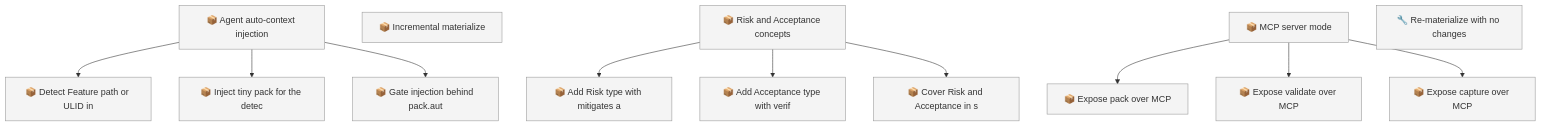
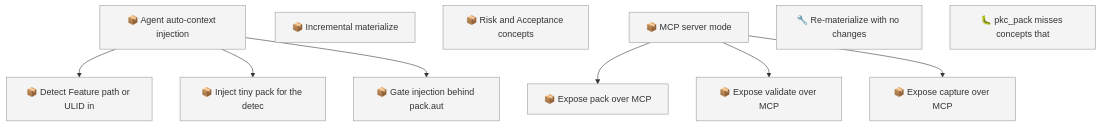
One commit to SpillwaveSolutions/project-knowledge-capture changed the first of 2 diagrams in docs/roadmap.md. Above: the diagram before and after it, drawn with Mermaid. The commit also changed other lines of this file and 32 other files, not shown here.

First line of the commit message:
feat: add Risk and Acceptance concept types

````diff
--- a/docs/roadmap.md
+++ b/docs/roadmap.md
@@ -81,28 +70,23 @@
 ```mermaid
 graph TD
     01KZ75NC58VJD8E219BYAYPBPA["📦 Agent auto-context injection"]
     01KZ75NQ2VDVFD3R9F0SV38YEN["📦 Incremental materialize"]
     01KZ75NQ7VFPF3YESB5P90DR29["📦 Risk and Acceptance concepts"]
     01KZ75NQCMYGFYRCVJATEBVBRB["📦 MCP server mode"]
     01KZ75R1ZYFEZVPWDY73CK4P4N["📦 Detect Feature path or ULID in"]
     01KZ75R254CS97W8MNX9CV3SNF["📦 Inject tiny pack for the detec"]
     01KZ75R2ADREHM3JD22V5C5HE7["📦 Gate injection behind pack.aut"]
-    01KZ75R2ZJGMNBHD82WZXPCNX4["📦 Add Risk type with mitigates a"]
-    01KZ75R34PGN7WH6HCP44B85A2["📦 Add Acceptance type with verif"]
-    01KZ75R39PENN65G92HKA108H3["📦 Cover Risk and Acceptance in s"]
     01KZ75R3EXEG4GVGRP2S9CCKZ4["📦 Expose pack over MCP"]
     01KZ75R3M6BYQ643NKDCCSEEZC["📦 Expose validate over MCP"]
     01KZ75R3S2X1G4PCTGMMSR8BWA["📦 Expose capture over MCP"]
     01KZD15ZR0JEKW6FA0HXM7W9CG["🔧 Re-materialize with no changes"]
+    01KZD6QRF62XDCPBDH5BN0H1RD["🐛 pkc_pack misses concepts that"]
     01KZ75NC58VJD8E219BYAYPBPA --> 01KZ75R1ZYFEZVPWDY73CK4P4N
     01KZ75NC58VJD8E219BYAYPBPA --> 01KZ75R254CS97W8MNX9CV3SNF
     01KZ75NC58VJD8E219BYAYPBPA --> 01KZ75R2ADREHM3JD22V5C5HE7
-    01KZ75NQ7VFPF3YESB5P90DR29 --> 01KZ75R2ZJGMNBHD82WZXPCNX4
-    01KZ75NQ7VFPF3YESB5P90DR29 --> 01KZ75R34PGN7WH6HCP44B85A2
-    01KZ75NQ7VFPF3YESB5P90DR29 --> 01KZ75R39PENN65G92HKA108H3
     01KZ75NQCMYGFYRCVJATEBVBRB --> 01KZ75R3EXEG4GVGRP2S9CCKZ4
     01KZ75NQCMYGFYRCVJATEBVBRB --> 01KZ75R3M6BYQ643NKDCCSEEZC
     01KZ75NQCMYGFYRCVJATEBVBRB --> 01KZ75R3S2X1G4PCTGMMSR8BWA
     classDef todo fill:#f4f4f4,stroke:#999999
-    class 01KZ75NC58VJD8E219BYAYPBPA,01KZ75NQ2VDVFD3R9F0SV38YEN,01KZ75NQ7VFPF3YESB5P90DR29,01KZ75NQCMYGFYRCVJATEBVBRB,01KZ75R1ZYFEZVPWDY73CK4P4N,01KZ75R254CS97W8MNX9CV3SNF,01KZ75R2ADREHM3JD22V5C5HE7,01KZ75R2ZJGMNBHD82WZXPCNX4,01KZ75R34PGN7WH6HCP44B85A2,01KZ75R39PENN65G92HKA108H3,01KZ75R3EXEG4GVGRP2S9CCKZ4,01KZ75R3M6BYQ643NKDCCSEEZC,01KZ75R3S2X1G4PCTGMMSR8BWA,01KZD15ZR0JEKW6FA0HXM7W9CG todo
+    class 01KZ75NC58VJD8E219BYAYPBPA,01KZ75NQ2VDVFD3R9F0SV38YEN,01KZ75NQ7VFPF3YESB5P90DR29,01KZ75NQCMYGFYRCVJATEBVBRB,01KZ75R1ZYFEZVPWDY73CK4P4N,01KZ75R254CS97W8MNX9CV3SNF,01KZ75R2ADREHM3JD22V5C5HE7,01KZ75R3EXEG4GVGRP2S9CCKZ4,01KZ75R3M6BYQ643NKDCCSEEZC,01KZ75R3S2X1G4PCTGMMSR8BWA,01KZD15ZR0JEKW6FA0HXM7W9CG,01KZD6QRF62XDCPBDH5BN0H1RD todo
 ```
````
